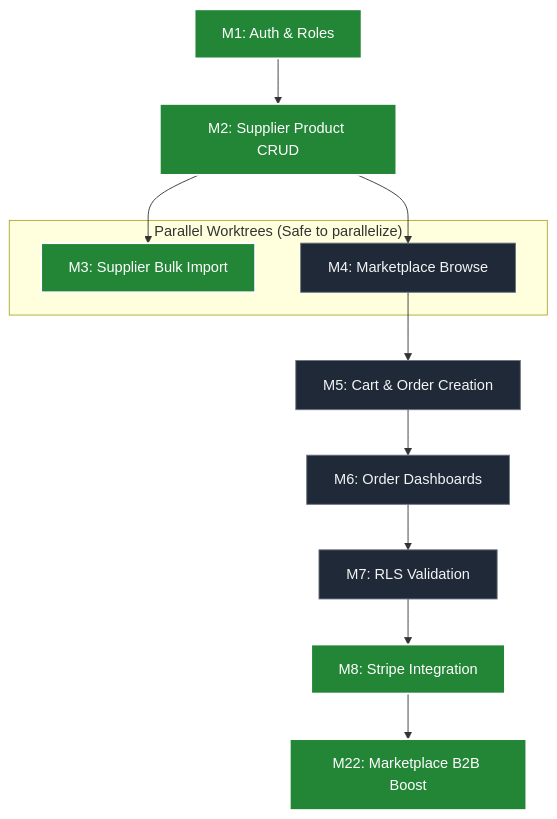
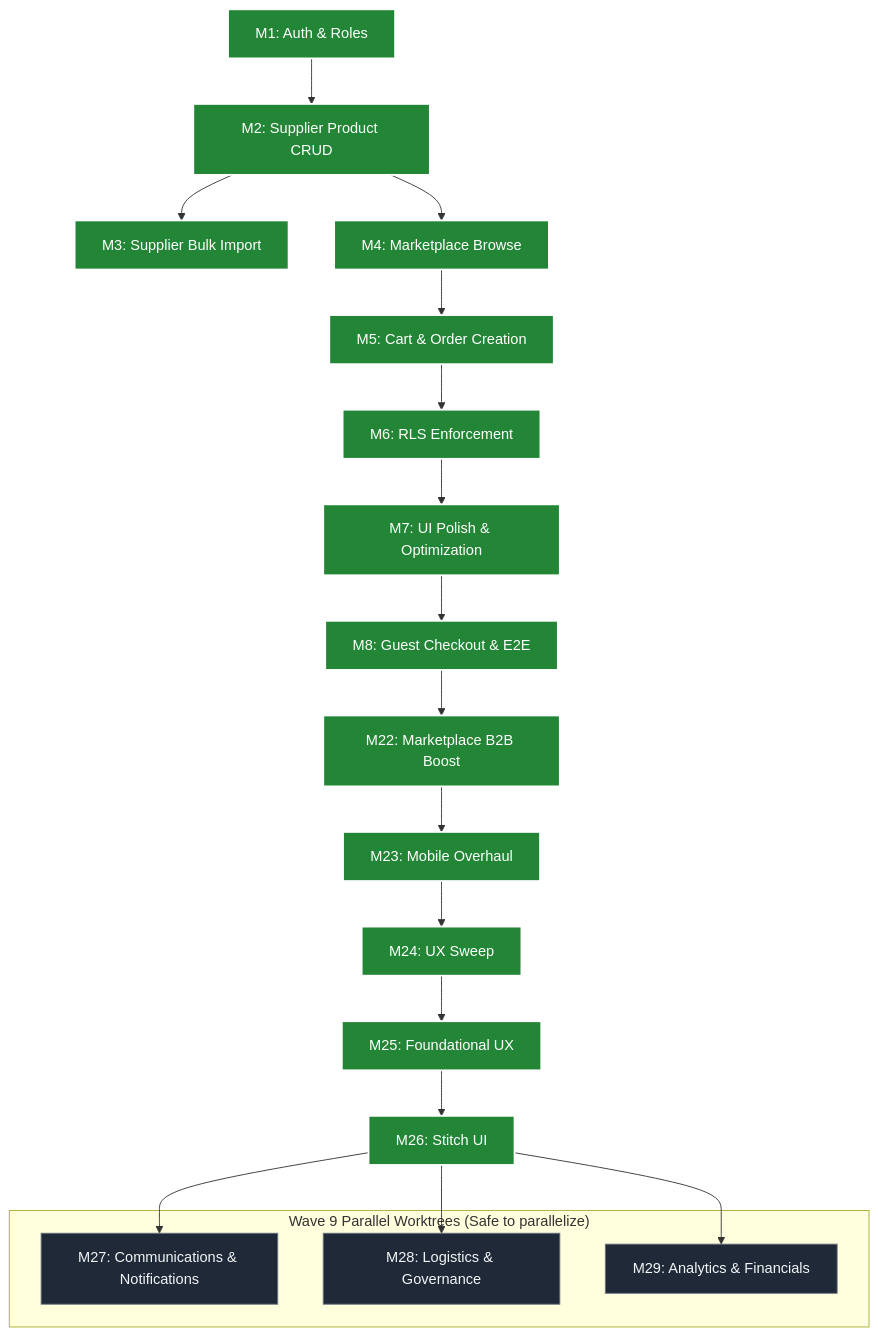
The diagram in docs/PLAN.md (ai-huevos/Xbouquet), drawn with Mermaid before and after one commit. The commit also changed other lines of this file and 69 other files, not shown here.

First line of the commit message:
Wave 10: Live Dashboard KPIs, Analytics Fixes, Dropdown Portal, Demo Data (#8)

````diff
--- a/docs/PLAN.md
+++ b/docs/PLAN.md
@@ -14,23 +15,33 @@
 ```mermaid
 graph TD
     classDef complete fill:#238636,stroke:#fff,stroke-width:2px,color:#fff;
     classDef inprogress fill:#dbab0a,stroke:#fff,stroke-width:2px,color:#000;
     classDef pending fill:#1f2937,stroke:#6b7280,stroke-width:1px,color:#f3f4f6;
 
     M1["M1: Auth & Roles"]:::complete --> M2["M2: Supplier Product CRUD"]:::complete
     
     %% Parallel execution routing
     M2 --> M3["M3: Supplier Bulk Import"]:::complete
-    M2 --> M4["M4: Marketplace Browse"]:::pending
+    M2 --> M4["M4: Marketplace Browse"]:::complete
     
-    M4 --> M5["M5: Cart & Order Creation"]:::pending
-    M5 --> M6["M6: Order Dashboards"]:::pending
-    M6 --> M7["M7: RLS Validation"]:::pending
-    M7 --> M8["M8: Stripe Integration"]:::complete
+    M4 --> M5["M5: Cart & Order Creation"]:::complete
+    M5 --> M6["M6: RLS Enforcement"]:::complete
+    M6 --> M7["M7: UI Polish & Optimization"]:::complete
+    M7 --> M8["M8: Guest Checkout & E2E"]:::complete
     M8 --> M22["M22: Marketplace B2B Boost"]:::complete
+    M22 --> M23["M23: Mobile Overhaul"]:::complete
+    M23 --> M24["M24: UX Sweep"]:::complete
+    M24 --> M25["M25: Foundational UX"]:::complete
+    M25 --> M26["M26: Stitch UI"]:::complete
+    
+    %% Wave 9 Parallel Execution (Trust Foundation)
+    M26 --> M27["M27: Communications & Notifications"]:::pending
+    M26 --> M28["M28: Logistics & Governance"]:::pending
+    M26 --> M29["M29: Analytics & Financials"]:::pending
 
-    subgraph "Parallel Worktrees (Safe to parallelize)"
-        M3
-        M4
+    subgraph "Wave 9 Parallel Worktrees (Safe to parallelize)"
+        M27
+        M28
+        M29
     end
 ```
````
